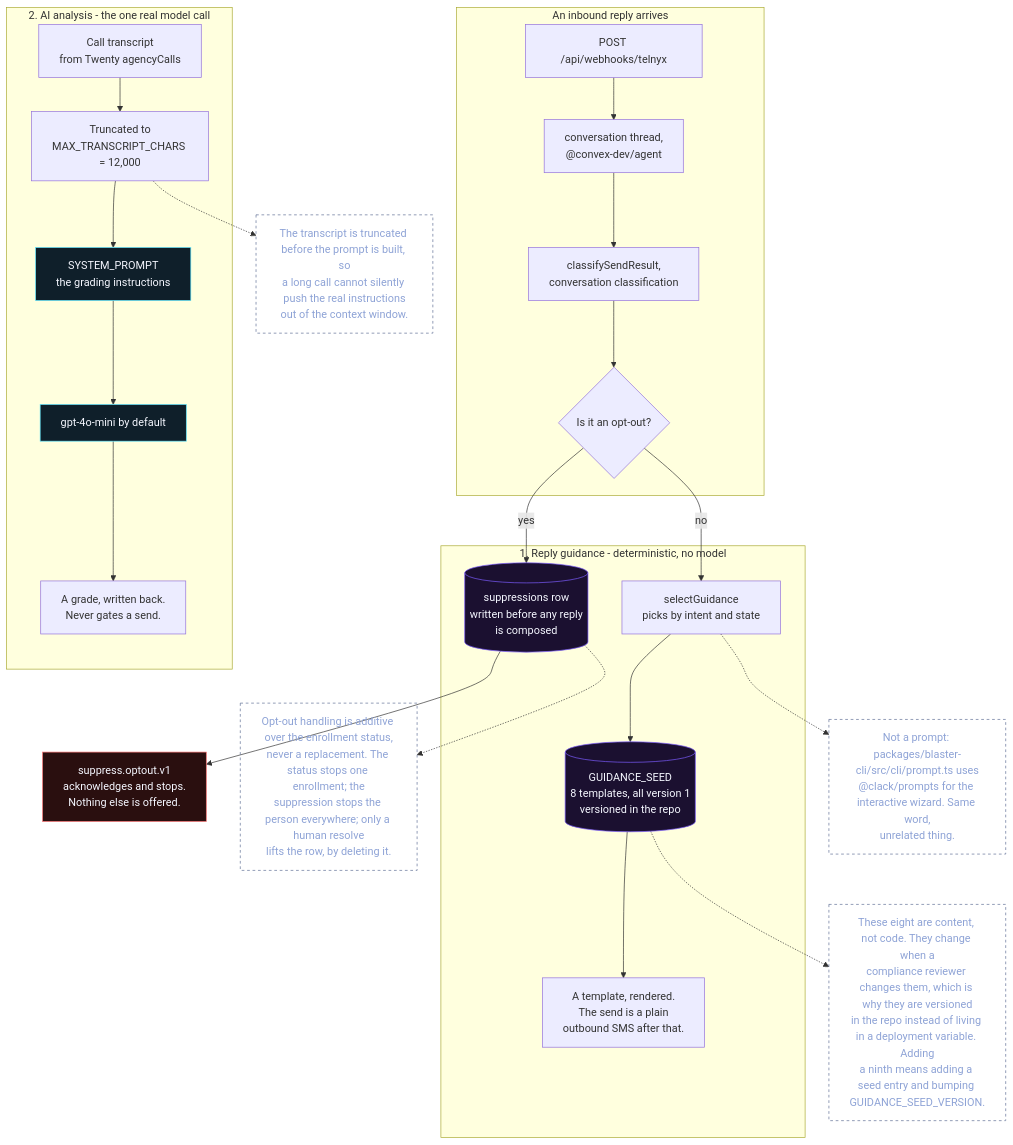
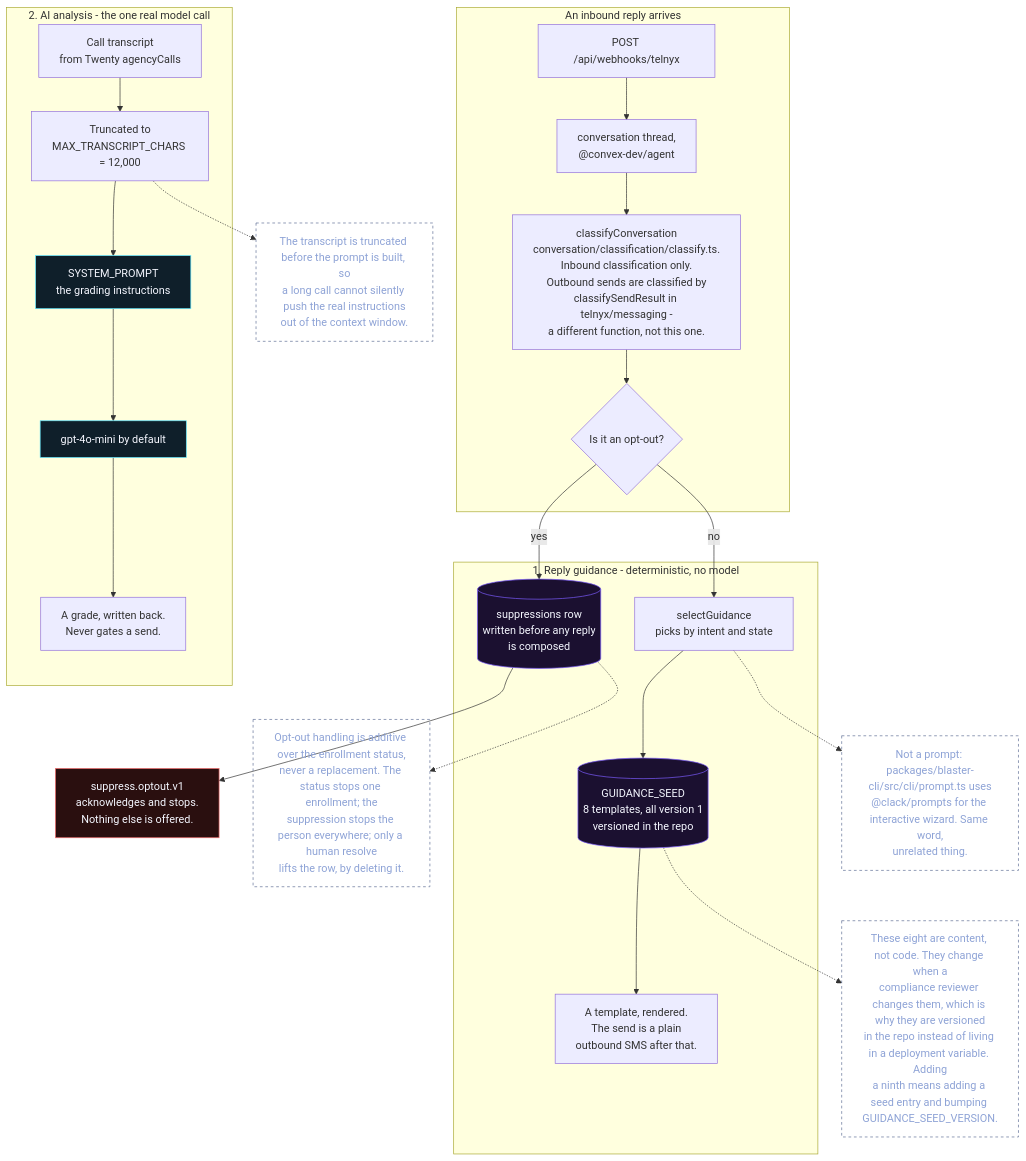
The diagram in docs/diagrams/guidance-and-ai-prompts.mmd (matthewdonsemail-lab/blaster), drawn with Mermaid before and after one commit. The commit also changed 18 other files, not shown here.

First line of the commit message:
docs: correct the runner diagrams and make the gate check them

```diff
--- a/docs/diagrams/guidance-and-ai-prompts.mmd
+++ b/docs/diagrams/guidance-and-ai-prompts.mmd
@@ -1,68 +1,68 @@
 %% The two different things in this repo that both get called "prompts".
 %% ---
 %% Added 2026-10-04. There was no diagram for either, and they are easy to
 %% confuse because only one of them is an LLM prompt.
 %% ---
 %%   1. `packages/core/src/guidance/prompts/` - eight REPLY templates, chosen
 %%      deterministically. No model is involved. This is the interesting one:
 %%      it is the part a compliance reviewer reads, so it is versioned content
 %%      in the repo rather than a string in a prompt, and an opt-out has its
 %%      own template that outranks the rest.
 %% ---
 %%   2. `packages/core/src/ai/analysis/` - the one real LLM call, grading a call
 %%      transcript. Truncated at MAX_TRANSCRIPT_CHARS before it goes out.
 %% ---
 %% `@clack/prompts` in the CLI wizard is a third thing again and has nothing to
 %% do with either: it is terminal UI.
 %% fact: guidance-seeds 8
 flowchart TB
   subgraph inbound["An inbound reply arrives"]
     HOOK["POST /api/webhooks/telnyx"]
     THREAD["conversation thread,<br/>@convex-dev/agent"]
-    CLASSIFY["classifySendResult,<br/>conversation classification"]
+    CLASSIFY["classifyConversation<br/>conversation/classification/classify.ts.<br/>Inbound classification only.<br/>Outbound sends are classified by<br/>classifySendResult in telnyx/messaging -<br/>a different function, not this one."]
     STOP{"Is it an opt-out?"}
   end
 
   HOOK --> THREAD --> CLASSIFY --> STOP
 
   subgraph guidance["1. Reply guidance - deterministic, no model"]
     SELECT["selectGuidance<br/>picks by intent and state"]
     SEED[("GUIDANCE_SEED<br/>8 templates, all version 1<br/>versioned in the repo")]
     OUT["A template, rendered.<br/>The send is a plain<br/>outbound SMS after that."]
     SUPPRESS[("suppressions row<br/>written before any reply<br/>is composed")]
   end
 
   STOP -- "yes" --> SUPPRESS
   SUPPRESS --> OOPT["suppress.optout.v1<br/>acknowledges and stops.<br/>Nothing else is offered."]
   STOP -- "no" --> SELECT
   SELECT --> SEED
   SEED --> OUT
 
   subgraph llm["2. AI analysis - the one real model call"]
     CALL["Call transcript<br/>from Twenty agencyCalls"]
     TRUNC["Truncated to<br/>MAX_TRANSCRIPT_CHARS = 12,000"]
     SYSP["SYSTEM_PROMPT<br/>the grading instructions"]
     MODEL["gpt-4o-mini by default"]
     GRADE["A grade, written back.<br/>Never gates a send."]
   end
   CALL --> TRUNC --> SYSP --> MODEL --> GRADE
 
   NOTE1["These eight are content, not code. They change when a<br/>compliance reviewer changes them, which is why they are versioned<br/>in the repo instead of living in a deployment variable. Adding<br/>a ninth means adding a seed entry and bumping GUIDANCE_SEED_VERSION."]:::note
   SEED -.-> NOTE1
 
   NOTE2["Opt-out handling is additive over the enrollment status,<br/>never a replacement. The status stops one enrollment; the<br/>suppression stops the person everywhere; only a human resolve<br/>lifts the row, by deleting it."]:::note
   SUPPRESS -.-> NOTE2
 
   NOTE3["The transcript is truncated before the prompt is built, so<br/>a long call cannot silently push the real instructions<br/>out of the context window."]:::note
   TRUNC -.-> NOTE3
 
   NOTE4["Not a prompt: packages/blaster-cli/src/cli/prompt.ts uses<br/>@clack/prompts for the interactive wizard. Same word,<br/>unrelated thing."]:::note
   SELECT -.-> NOTE4
 
   classDef note fill:none,stroke:#5f6f96,stroke-dasharray:4 4,color:#8ea3d6
   classDef store fill:#1b1030,stroke:#7c5cff,color:#f5f7ff
   classDef llmc fill:#0f1f2a,stroke:#5ee7ff,color:#f5f7ff
   classDef stopc fill:#2a0f0f,stroke:#f87171,color:#f5f7ff
   class SEED,SUPPRESS store
   class SYSP,MODEL llmc
   class OOPT stopc
```
